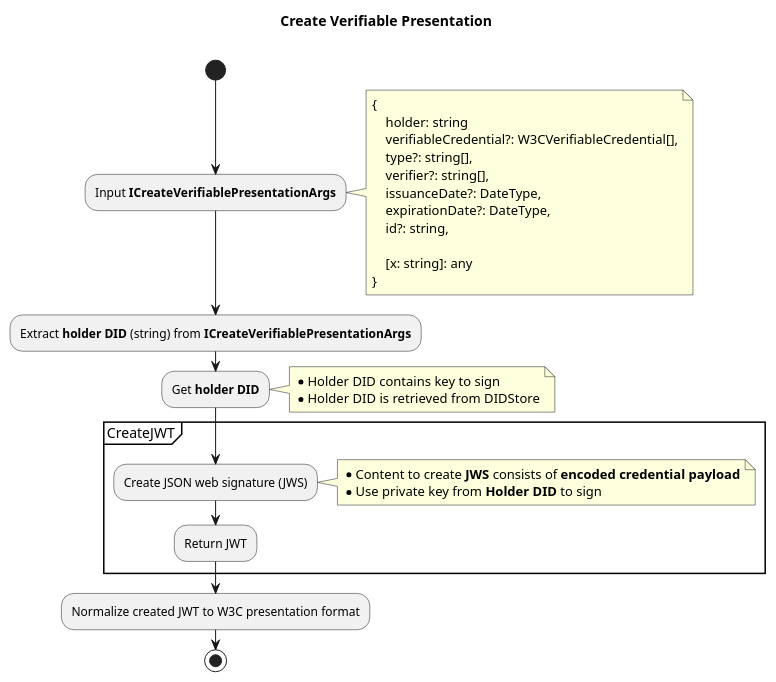
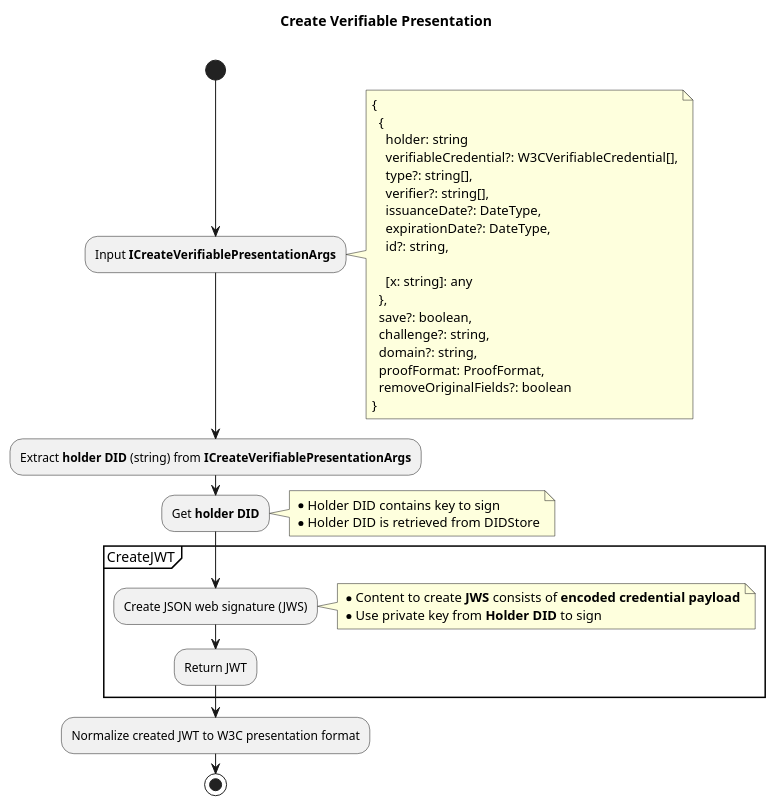
Before and after one commit to tientaidev/veramo-diagrams: the diagram in src/createVerifiablePresentation.puml, drawn with PlantUML. The commit also changed 1 other file, not shown here.

```diff
--- a/src/createVerifiablePresentation.puml
+++ b/src/createVerifiablePresentation.puml
@@ -1,39 +1,46 @@
 @startuml createVerifiablePresentation
 
 title  Create Verifiable Presentation\n
 
 start
 :Input **ICreateVerifiablePresentationArgs**;
 note right
 {
+  {
     holder: string
     verifiableCredential?: W3CVerifiableCredential[],
     type?: string[],
     '@context'?: string[],
     verifier?: string[],
     issuanceDate?: DateType,
     expirationDate?: DateType,
     id?: string,
 
     [x: string]: any
+  },
+  save?: boolean,
+  challenge?: string,
+  domain?: string,
+  proofFormat: ProofFormat,
+  removeOriginalFields?: boolean
 }
 end note
 :Extract **holder DID** (string) from **ICreateVerifiablePresentationArgs**;
 :Get **holder DID**;
 note right
   * Holder DID contains key to sign
   * Holder DID is retrieved from DIDStore
 end note
 partition CreateJWT {
   :Create JSON web signature (JWS);
   note right
     * Content to create **JWS** consists of **encoded credential payload**
     * Use private key from **Holder DID** to sign
   end note
   :Return JWT;
 }
 
 :Normalize created JWT to W3C presentation format;
 stop
 
 @enduml
```
